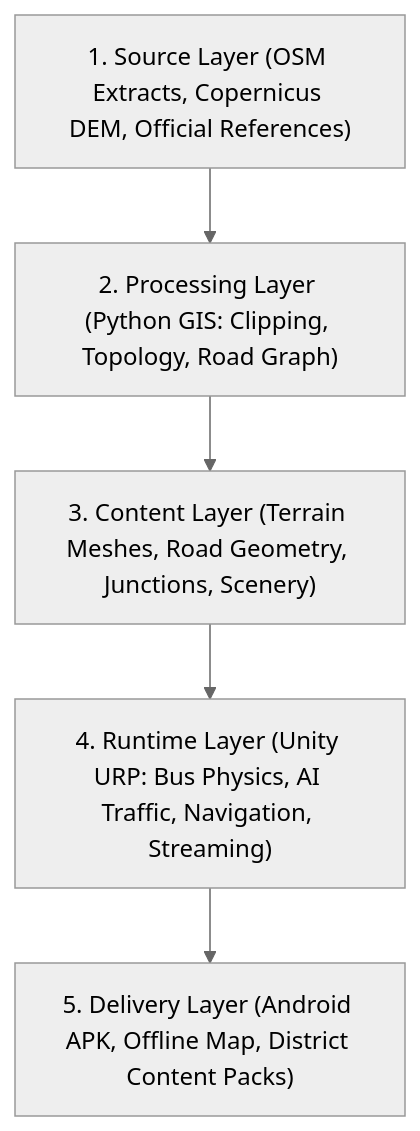
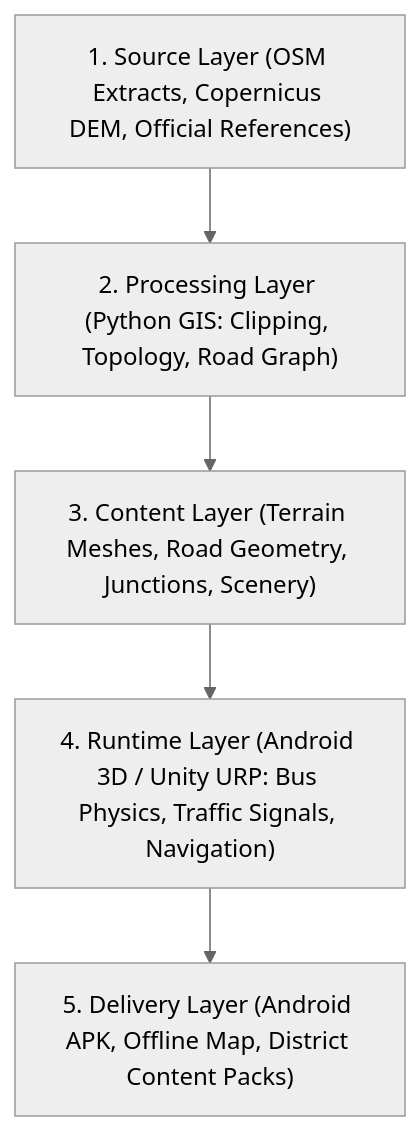
Before and after one commit to vprayag2005/BHARAT-BUS-SIMULATOR: the diagram in docs/ARCHITECTURE.md, drawn with Mermaid (neutral theme). The commit also changed other lines of this file and 14 other files, not shown here.

````diff
--- a/docs/ARCHITECTURE.md
+++ b/docs/ARCHITECTURE.md
@@ -5,7 +5,7 @@
 ```mermaid
 flowchart TD
     SourceLayer["1. Source Layer (OSM Extracts, Copernicus DEM, Official References)"] --> ProcessingLayer["2. Processing Layer (Python GIS: Clipping, Topology, Road Graph)"]
     ProcessingLayer --> ContentLayer["3. Content Layer (Terrain Meshes, Road Geometry, Junctions, Scenery)"]
-    ContentLayer --> RuntimeLayer["4. Runtime Layer (Unity URP: Bus Physics, AI Traffic, Navigation, Streaming)"]
+    ContentLayer --> RuntimeLayer["4. Runtime Layer (Android 3D / Unity URP: Bus Physics, Traffic Signals, Navigation)"]
     RuntimeLayer --> DeliveryLayer["5. Delivery Layer (Android APK, Offline Map, District Content Packs)"]
 ```
````
